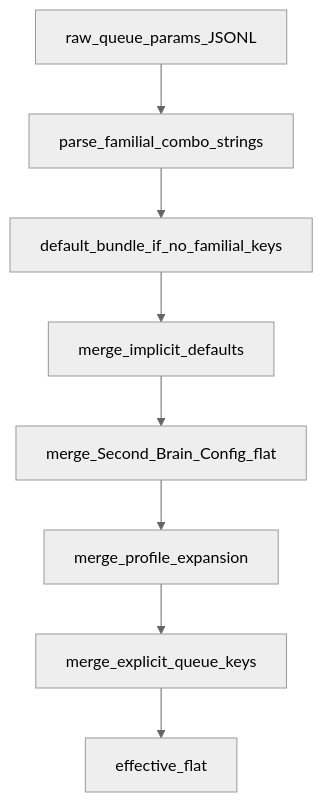
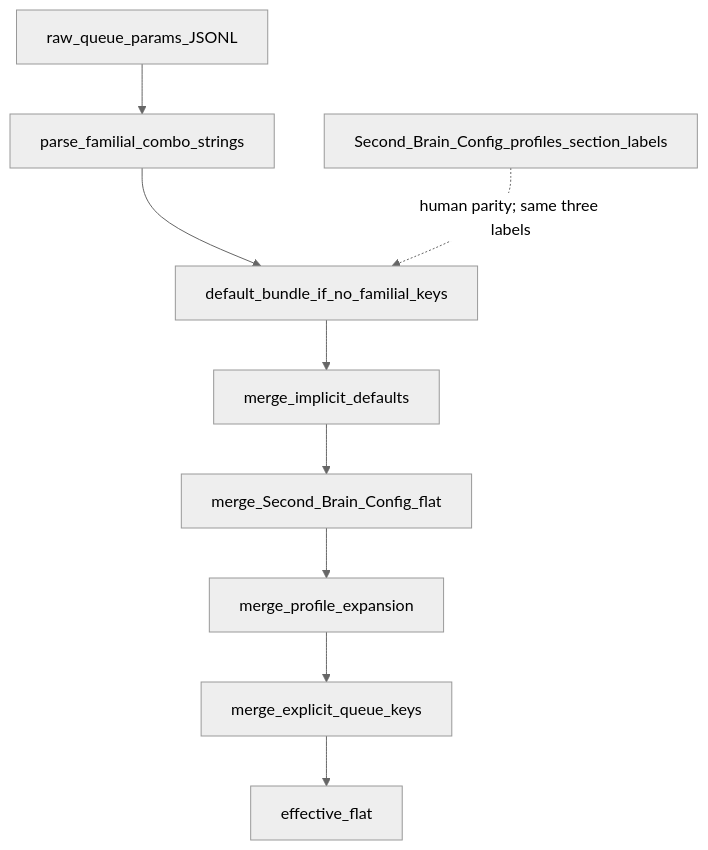
One commit to L0RDTH0TH/genesis-mythos-master-roadmap changed the diagram in 3-Resources/Second-Brain/Docs/Core/Config-Profiles.md. Above: the diagram before and after it, drawn with Mermaid (neutral theme). The commit also changed other lines of this file and 9 other files, not shown here.

First line of the commit message:
feat(config): migrate defaults to familial profiles (Option B)

````diff
--- a/3-Resources/Second-Brain/Docs/Core/Config-Profiles.md
+++ b/3-Resources/Second-Brain/Docs/Core/Config-Profiles.md
@@ -27,19 +27,21 @@
 ```mermaid
 flowchart TD
   raw_input[raw_queue_params_JSONL]
   parse[parse_familial_combo_strings]
+  config_labels[Second_Brain_Config_profiles_section_labels]
   default_bundle[default_bundle_if_no_familial_keys]
   merge_defaults[merge_implicit_defaults]
   merge_config[merge_Second_Brain_Config_flat]
   merge_profile[merge_profile_expansion]
   merge_explicit[merge_explicit_queue_keys]
   effective[effective_flat]
 
   raw_input --> parse
   parse --> default_bundle
+  config_labels -.->|"human parity; same three labels"| default_bundle
   default_bundle --> merge_defaults
   merge_defaults --> merge_config
   merge_config --> merge_profile
   merge_profile --> merge_explicit
   merge_explicit --> effective
 ```
````
